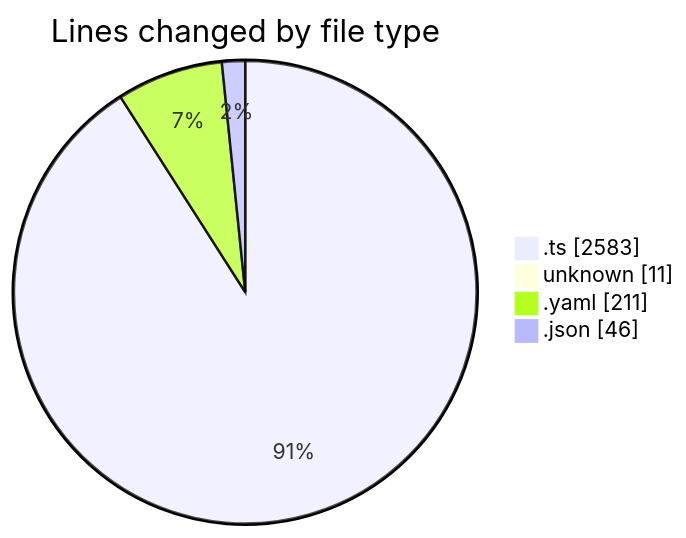
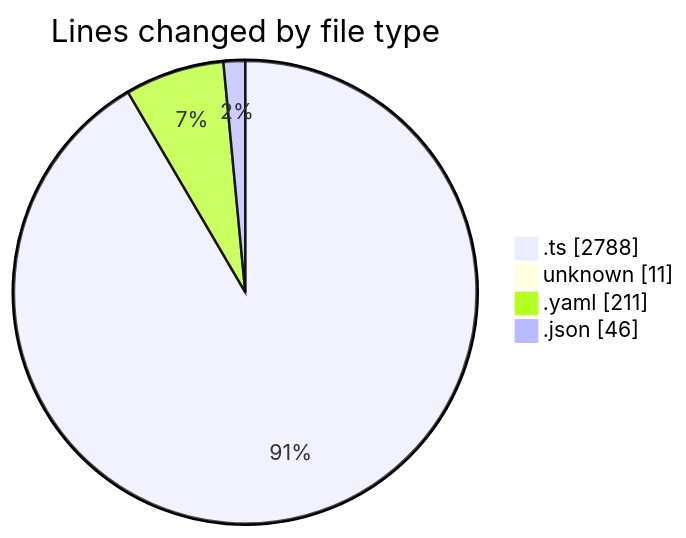
The first of 2 diagrams in 2025-10-01/oura-api/README.md (mevix1/code-tracking), drawn with Mermaid before and after one commit. The commit also changed other lines of this file and 1 other file, not shown here.

````diff
--- a/2025-10-01/oura-api/README.md
+++ b/2025-10-01/oura-api/README.md
@@ -46,8 +47,8 @@
 ```mermaid
 pie showData
 title Lines changed by file type
-".ts" : 2583
+".ts" : 2788
 "unknown" : 11
 ".yaml" : 211
 ".json" : 46
 ```
````
